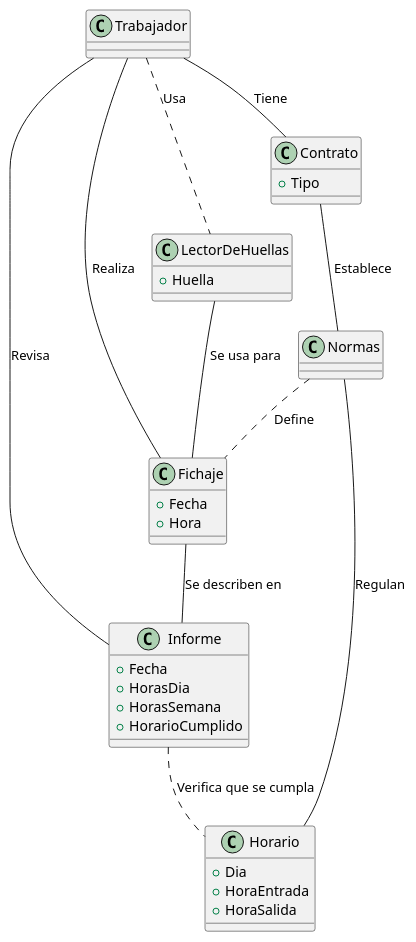
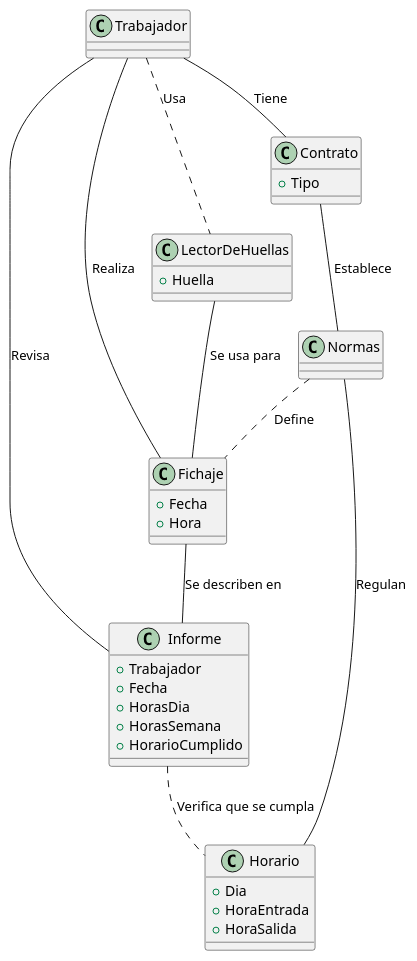
Before and after one commit to mmasias/23-24-IdSw1-SDR: the diagram in modelosUML/diagramaClases.puml, drawn with PlantUML. The commit also changed 16 other files, not shown here.

Commit message:
creacion-nuevo-diagrama-objetos-y-correcion-de-links-README-principal-y-cambios-en-carpetas

```diff
--- a/modelosUML/diagramaClases.puml
+++ b/modelosUML/diagramaClases.puml
@@ -1,42 +1,43 @@
 @startuml
 class Trabajador{
    
 }
 class LectorDeHuellas{
     + Huella
 }
 class Fichaje{
     + Fecha
     + Hora
 }
 class Informe{
+    + Trabajador
     + Fecha
     + HorasDia
     + HorasSemana
-    +HorarioCumplido
+    + HorarioCumplido
 }
 class Horario{
     + Dia
     + HoraEntrada
     + HoraSalida
 }
 class Contrato{
     + Tipo
 }
 class Normas{
 
 }
 
 Trabajador -- Contrato : Tiene
 Trabajador .. LectorDeHuellas : Usa
 LectorDeHuellas -- Fichaje : Se usa para
 Fichaje -- Informe : Se describen en
 Informe .. Horario : Verifica que se cumpla
 Contrato -- Normas : Establece
 Normas-- Horario : Regulan
 Normas.. Fichaje : Define
 Trabajador -- Informe : Revisa
 Trabajador -- Fichaje :Realiza
 
 
 @enduml
```
